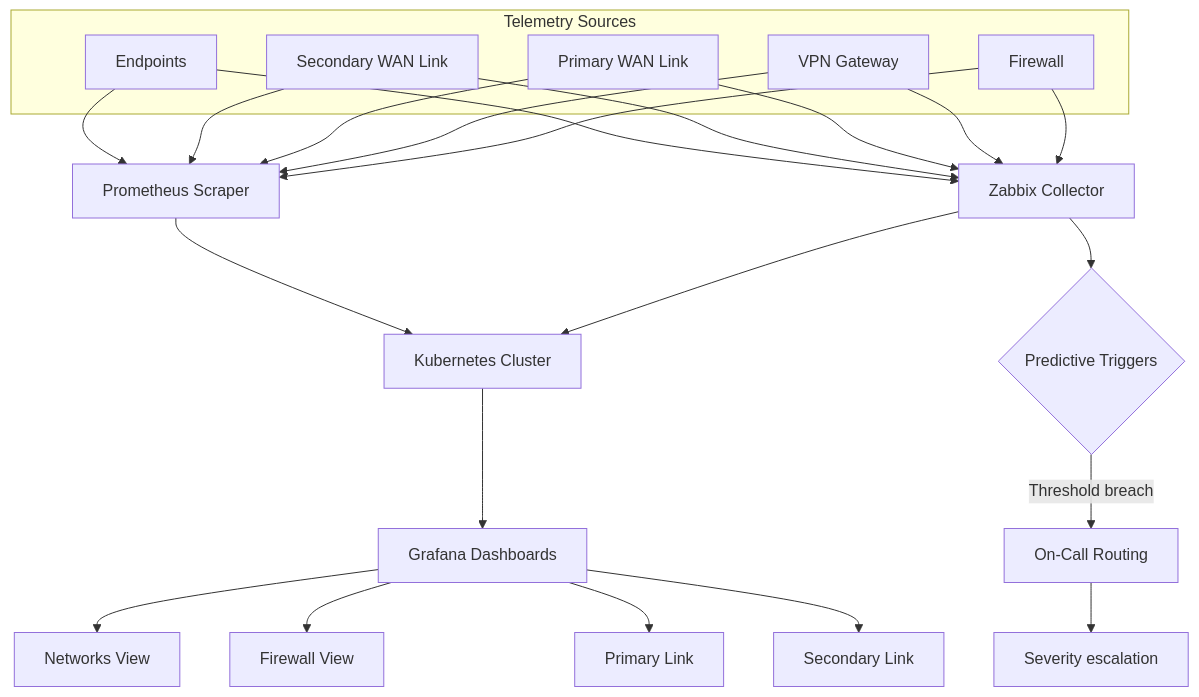
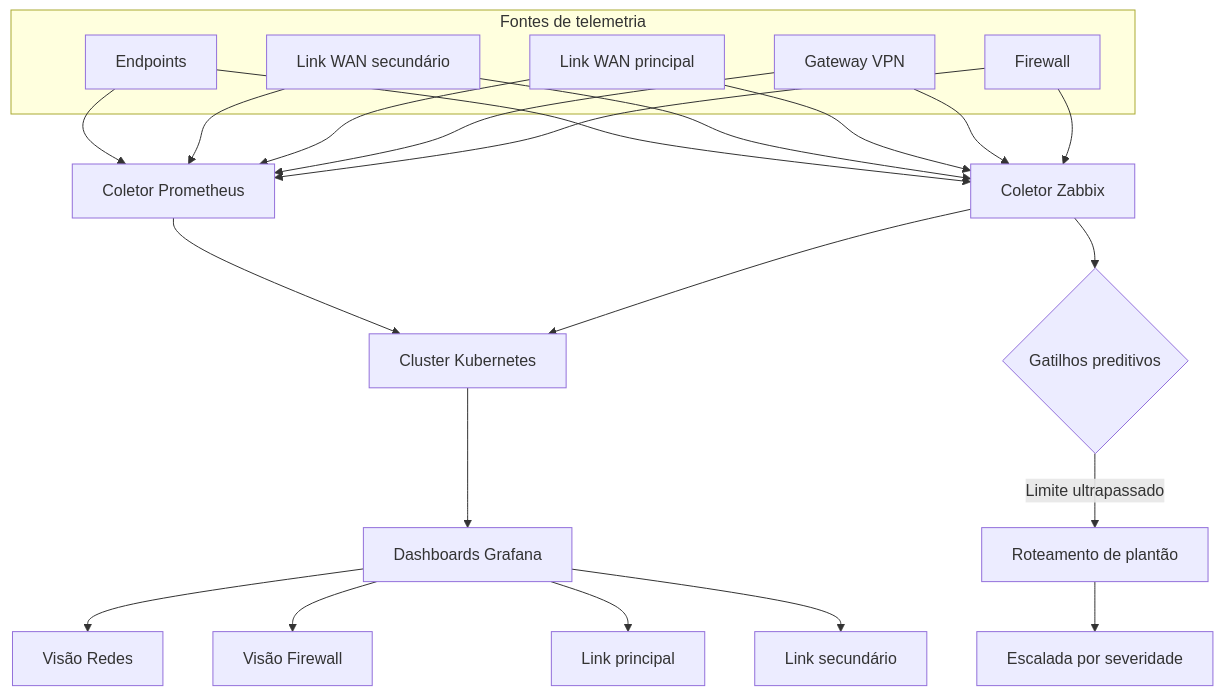
The diagram in src/content/projects/pt/network-defense.mdx (CHDevSec/portfolio), drawn with Mermaid before and after one commit. The commit also changed other lines of this file and 169 other files, not shown here.

````diff
--- a/src/content/projects/pt/network-defense.mdx
+++ b/src/content/projects/pt/network-defense.mdx
@@ -57,35 +62,35 @@
 ```mermaid
 flowchart TB
-    subgraph Sources [Telemetry Sources]
+    subgraph Sources [Fontes de telemetria]
     A1[Firewall]
-    A2[VPN Gateway]
-    A3[Primary WAN Link]
-    A4[Secondary WAN Link]
+    A2[Gateway VPN]
+    A3[Link WAN principal]
+    A4[Link WAN secundário]
     A5[Endpoints]
     end
 
-    A1 --> B[Zabbix Collector]
+    A1 --> B[Coletor Zabbix]
     A2 --> B
     A3 --> B
     A4 --> B
     A5 --> B
 
-    A1 --> C[Prometheus Scraper]
+    A1 --> C[Coletor Prometheus]
     A2 --> C
     A3 --> C
     A4 --> C
     A5 --> C
 
-    B --> D[Kubernetes Cluster]
+    B --> D[Cluster Kubernetes]
     C --> D
 
-    D --> E[Grafana Dashboards]
-    E --> F[Networks View]
-    E --> G[Firewall View]
-    E --> H[Primary Link]
-    E --> I[Secondary Link]
+    D --> E[Dashboards Grafana]
+    E --> F[Visão Redes]
+    E --> G[Visão Firewall]
+    E --> H[Link principal]
+    E --> I[Link secundário]
 
-    B --> J{Predictive Triggers}
-    J -->|Threshold breach| K[On-Call Routing]
-    K --> L[Severity escalation]
+    B --> J{Gatilhos preditivos}
+    J -->|Limite ultrapassado| K[Roteamento de plantão]
+    K --> L[Escalada por severidade]
 ```
````
